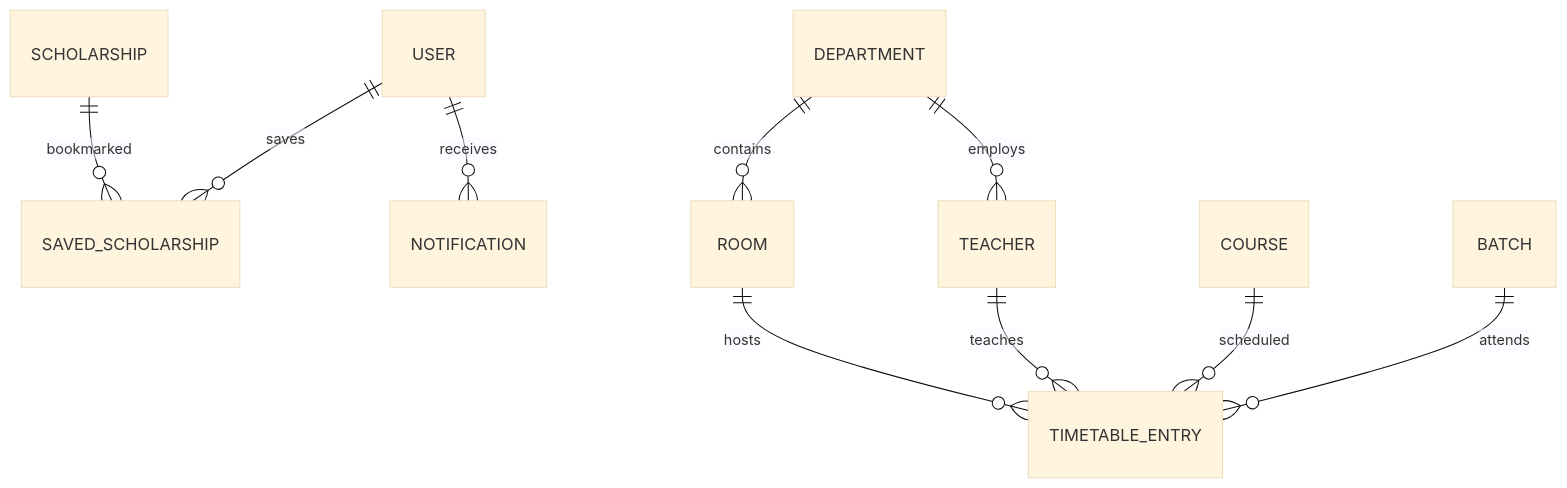
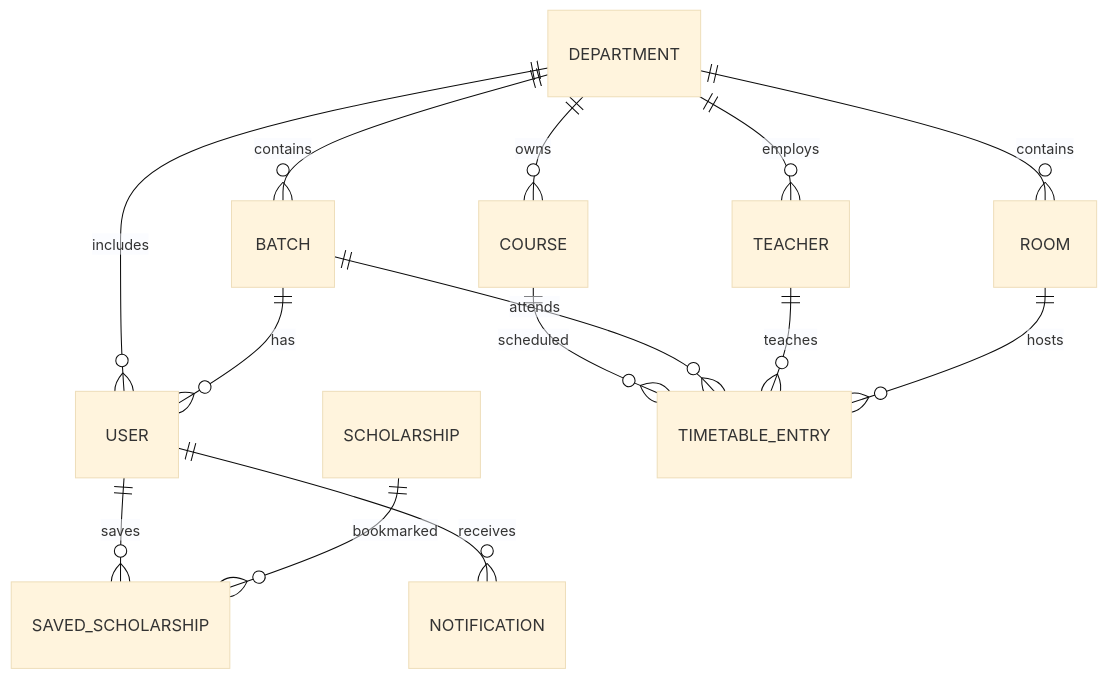
The diagram in docs/database.md (M-Shehzad8/university-scholarship-timetable-portal), drawn with Mermaid (base theme) before and after one commit. The commit also changed other lines of this file and 41 other files, not shown here.

````diff
--- a/docs/database.md
+++ b/docs/database.md
@@ -14,13 +32,18 @@
 ```mermaid
 erDiagram
     USER ||--o{ SAVED_SCHOLARSHIP : saves
     SCHOLARSHIP ||--o{ SAVED_SCHOLARSHIP : bookmarked
     USER ||--o{ NOTIFICATION : receives
 
+    DEPARTMENT ||--o{ USER : includes
+    BATCH ||--o{ USER : has
+    DEPARTMENT ||--o{ COURSE : owns
+    DEPARTMENT ||--o{ TEACHER : employs
+    DEPARTMENT ||--o{ BATCH : contains
+    DEPARTMENT ||--o{ ROOM : contains
+
+    COURSE ||--o{ TIMETABLE_ENTRY : scheduled
     BATCH ||--o{ TIMETABLE_ENTRY : attends
-    COURSE ||--o{ TIMETABLE_ENTRY : scheduled
     TEACHER ||--o{ TIMETABLE_ENTRY : teaches
     ROOM ||--o{ TIMETABLE_ENTRY : hosts
-    DEPARTMENT ||--o{ ROOM : contains
-    DEPARTMENT ||--o{ TEACHER : employs
 ```
````
